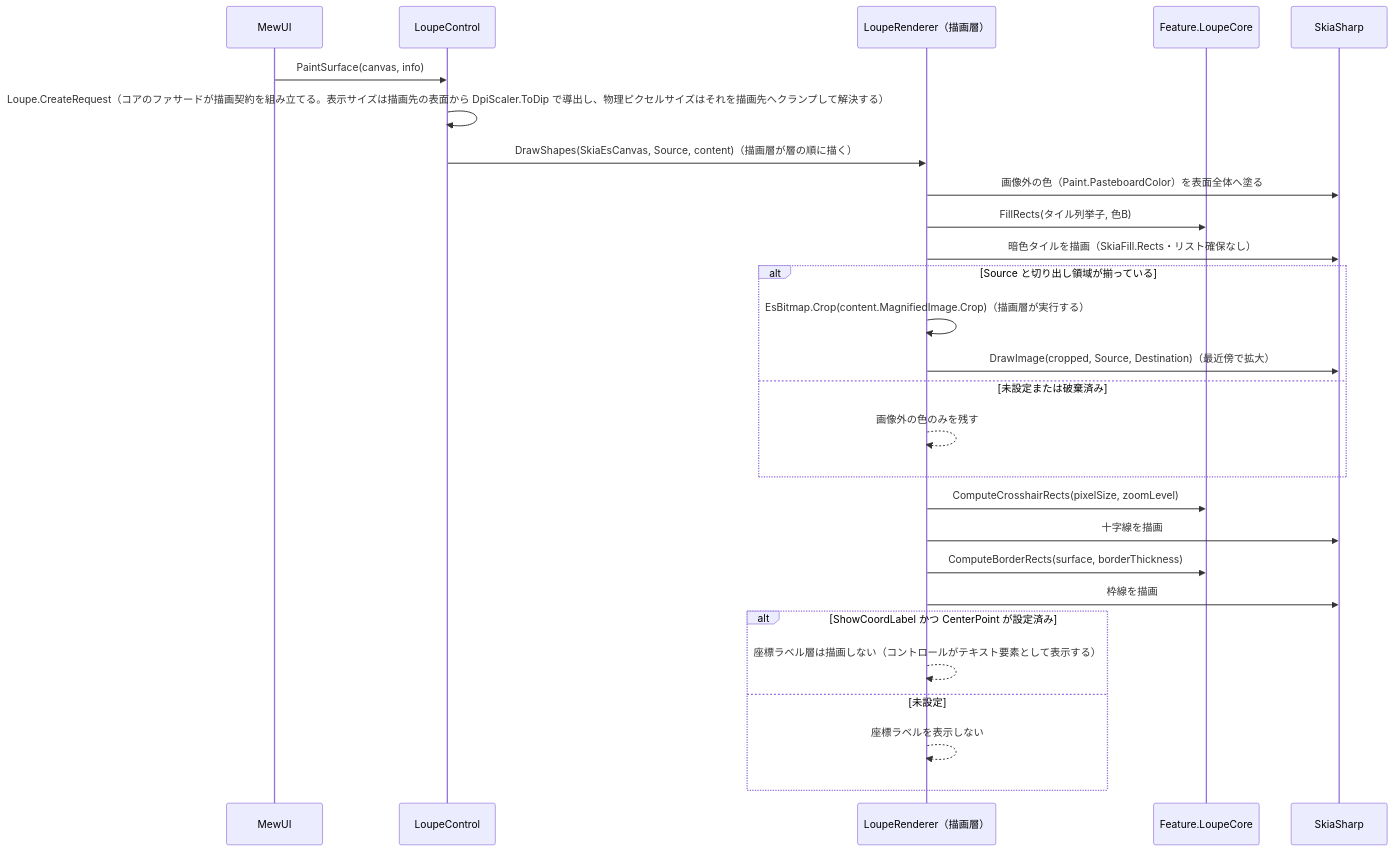
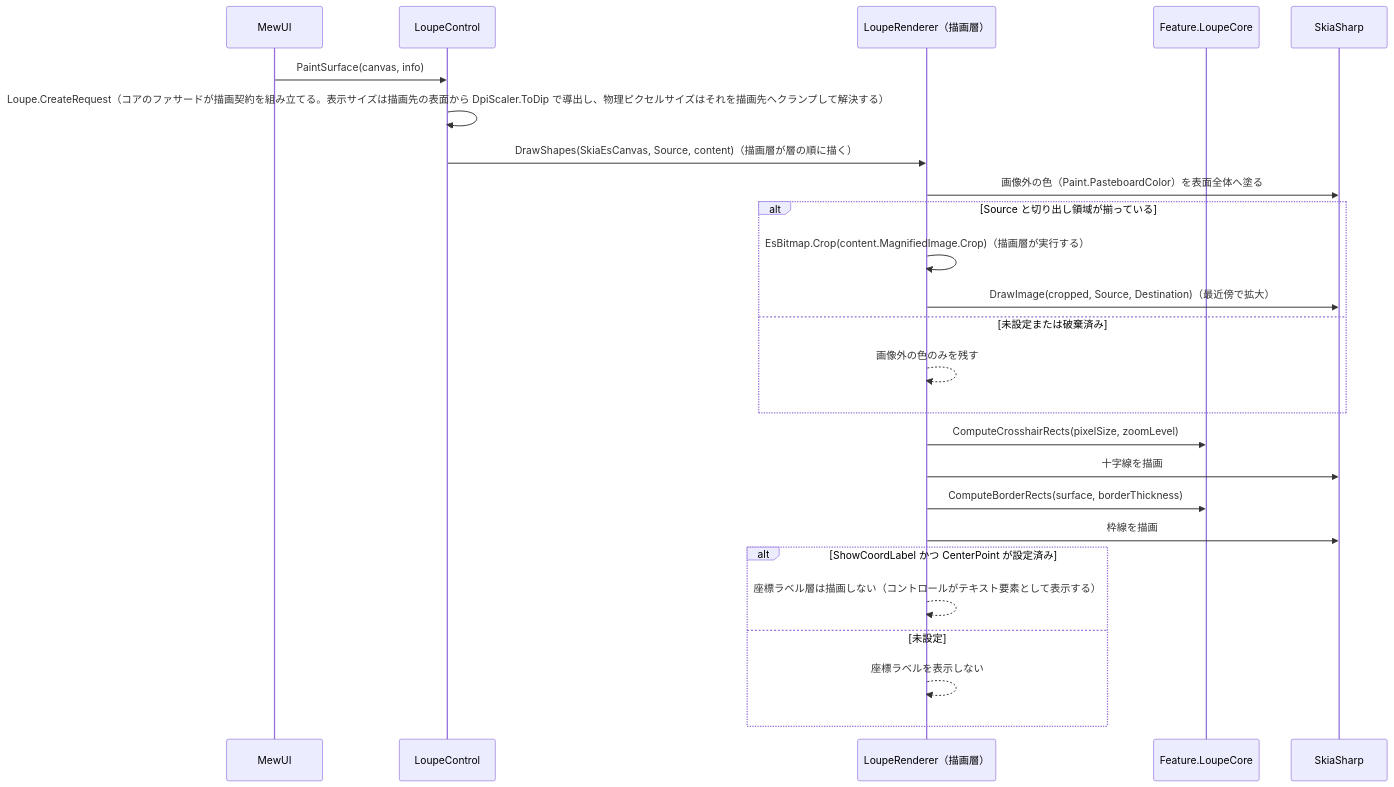
Before and after one commit to tomokuni/SaveEvidence: the second of 2 diagrams in src/LoupeControl.MewUI/SPEC_System.md, drawn with Mermaid. The commit also changed other lines of this file and 21 other files, not shown here.

````diff
--- a/src/LoupeControl.MewUI/SPEC_System.md
+++ b/src/LoupeControl.MewUI/SPEC_System.md
@@ -182,30 +182,28 @@
 ```mermaid
 sequenceDiagram
     participant MW as MewUI
     participant LC as LoupeControl
     participant R as LoupeRenderer（描画層）
     participant C as Feature.LoupeCore
     participant SK as SkiaSharp
 
     MW->>LC: PaintSurface(canvas, info)
     LC->>LC: Loupe.CreateRequest（コアのファサードが描画契約を組み立てる。表示サイズは描画先の表面から DpiScaler.ToDip で導出し、物理ピクセルサイズはそれを描画先へクランプして解決する）
     LC->>R: DrawShapes(SkiaEsCanvas, Source, content)（描画層が層の順に描く）
     R->>SK: 画像外の色（Paint.PasteboardColor）を表面全体へ塗る
-    R->>C: FillRects(タイル列挙子, 色B)
-    R->>SK: 暗色タイルを描画（SkiaFill.Rects・リスト確保なし）
     alt Source と切り出し領域が揃っている
         R->>R: EsBitmap.Crop(content.MagnifiedImage.Crop)（描画層が実行する）
         R->>SK: DrawImage(cropped, Source, Destination)（最近傍で拡大）
     else 未設定または破棄済み
         R-->>R: 画像外の色のみを残す
     end
     R->>C: ComputeCrosshairRects(pixelSize, zoomLevel)
     R->>SK: 十字線を描画
     R->>C: ComputeBorderRects(surface, borderThickness)
     R->>SK: 枠線を描画
     alt ShowCoordLabel かつ CenterPoint が設定済み
         R-->>R: 座標ラベル層は描画しない（コントロールがテキスト要素として表示する）
     else 未設定
         R-->>R: 座標ラベルを表示しない
     end
 ```
````
